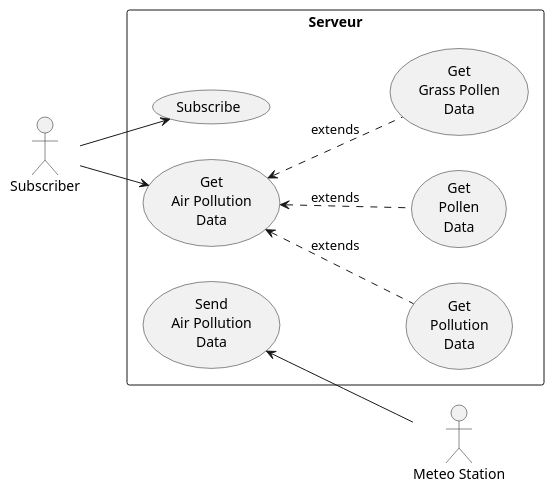
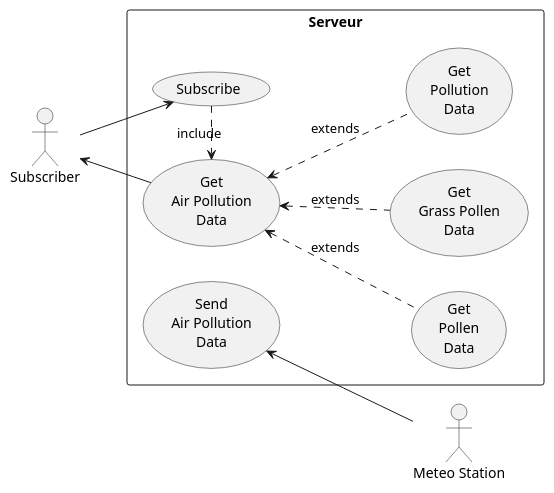
Before and after one commit to Stonks-Life-Inc/AirAlert: the diagram in useCaseDiagram.puml, drawn with PlantUML.

Commit message:
Correction on UCD

```diff
--- a/useCaseDiagram.puml
+++ b/useCaseDiagram.puml
@@ -1,24 +1,25 @@
 @startuml
 left to right direction
 
 rectangle Serveur {
     (Subscribe) as (SUB)
     (Get\nAir Pollution\nData) as (GAPD)
     (Get\nPollution\nData) as (GPD)
     (Get\nPollen\nData) as (GPlD)
     (Get\nGrass Pollen\nData) as (GGPD)
     (Send\nAir Pollution\nData) as (SAPD)
 }
 
 :Subscriber: as Sub
 :Meteo Station: as MS
 
 SAPD <-- MS
 
 Sub --> SUB
-Sub --> GAPD
+Sub <-- GAPD
+SUB .> GAPD : include
 GAPD <.. GPD : extends
 GAPD <.. GPlD : extends
 GAPD <.. GGPD : extends
 
 @enduml
```
